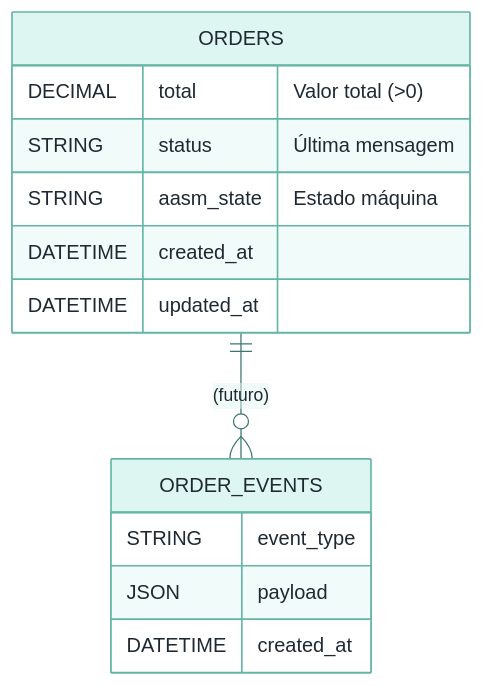
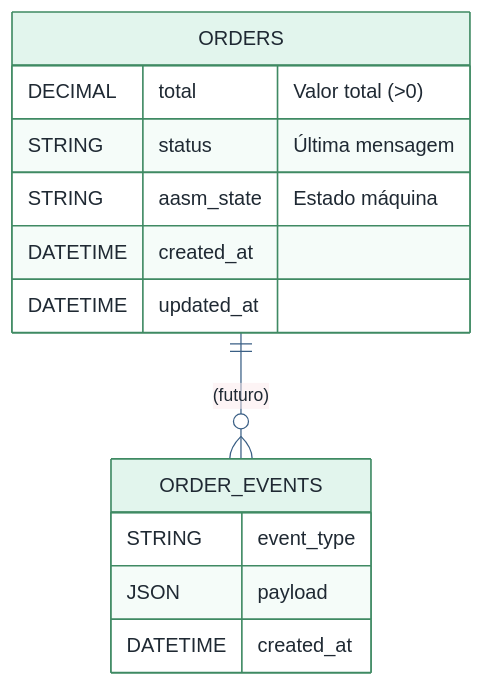
Before and after one commit to enogrob/project-qeevo-anubis: the second of 5 diagrams in contents/anubis.md, drawn with Mermaid. The commit also changed other lines of this file and 1 other file, not shown here.

````diff
--- a/contents/anubis.md
+++ b/contents/anubis.md
@@ -129,24 +124,20 @@
 ```mermaid
-%%{init: {'theme': 'base', 'themeVariables': { 
-  'primaryColor':'#DDF6F2',
-  'primaryTextColor':'#1F2933',
-  'primaryBorderColor':'#63B5A6',
-  'lineColor':'#3A7573',
-  'secondaryColor':'#FBE9EC',
-  'tertiaryColor':'#E2F5ED'
+%%{init: {'theme':'base','themeVariables': {
+  'primaryColor':'#E2F5ED','primaryBorderColor':'#3F8A63','primaryTextColor':'#1F2933',
+  'secondaryColor':'#DDEFFC','tertiaryColor':'#FBE9EC','lineColor':'#3A5F85'
 }}}%%
 erDiagram
   ORDERS ||--o{ ORDER_EVENTS : "(futuro)" 
   ORDERS {
     DECIMAL total "Valor total (>0)"
     STRING status "Última mensagem"
     STRING aasm_state "Estado máquina"
     DATETIME created_at
     DATETIME updated_at
   }
   ORDER_EVENTS {
     STRING event_type
     JSON payload
     DATETIME created_at
   }
 ```
````
